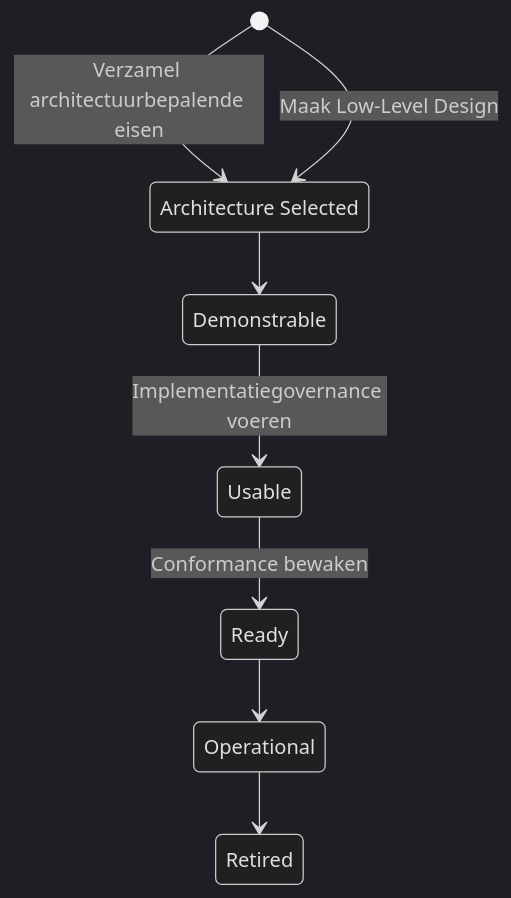
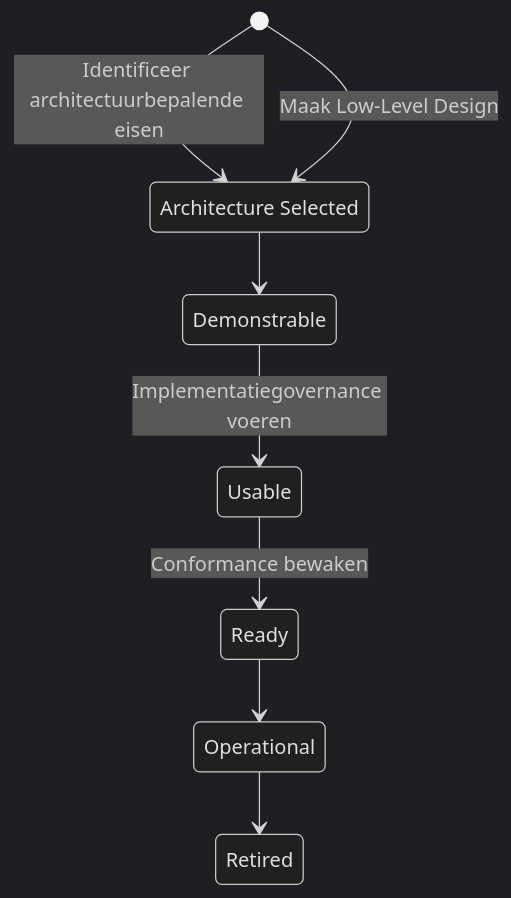
Before and after one commit to hietkamp/hietkamp.github.io: the diagram in essence/method/diagrams/system.mmd, drawn with Mermaid (dark theme). The commit also changed 14 other files, not shown here.

```diff
--- a/essence/method/diagrams/system.mmd
+++ b/essence/method/diagrams/system.mmd
@@ -1,18 +1,18 @@
 %% State diagram: System (essence-kernel#System)
 %% Kernel-alpha; alleen de states die in deze werkwijze daadwerkelijk gebruikt worden
 %% zijn gekoppeld aan een activiteit.
 stateDiagram-v2
     ArchitectureSelected: Architecture Selected
     Demonstrable: Demonstrable
     Usable: Usable
     Ready: Ready
     Operational: Operational
     Retired: Retired
 
-    [*] --> ArchitectureSelected : Verzamel architectuurbepalende eisen
+    [*] --> ArchitectureSelected : Identificeer architectuurbepalende eisen
     [*] --> ArchitectureSelected : Maak Low-Level Design
     ArchitectureSelected --> Demonstrable
     Demonstrable --> Usable : Implementatiegovernance voeren
     Usable --> Ready : Conformance bewaken
     Ready --> Operational
     Operational --> Retired
```
